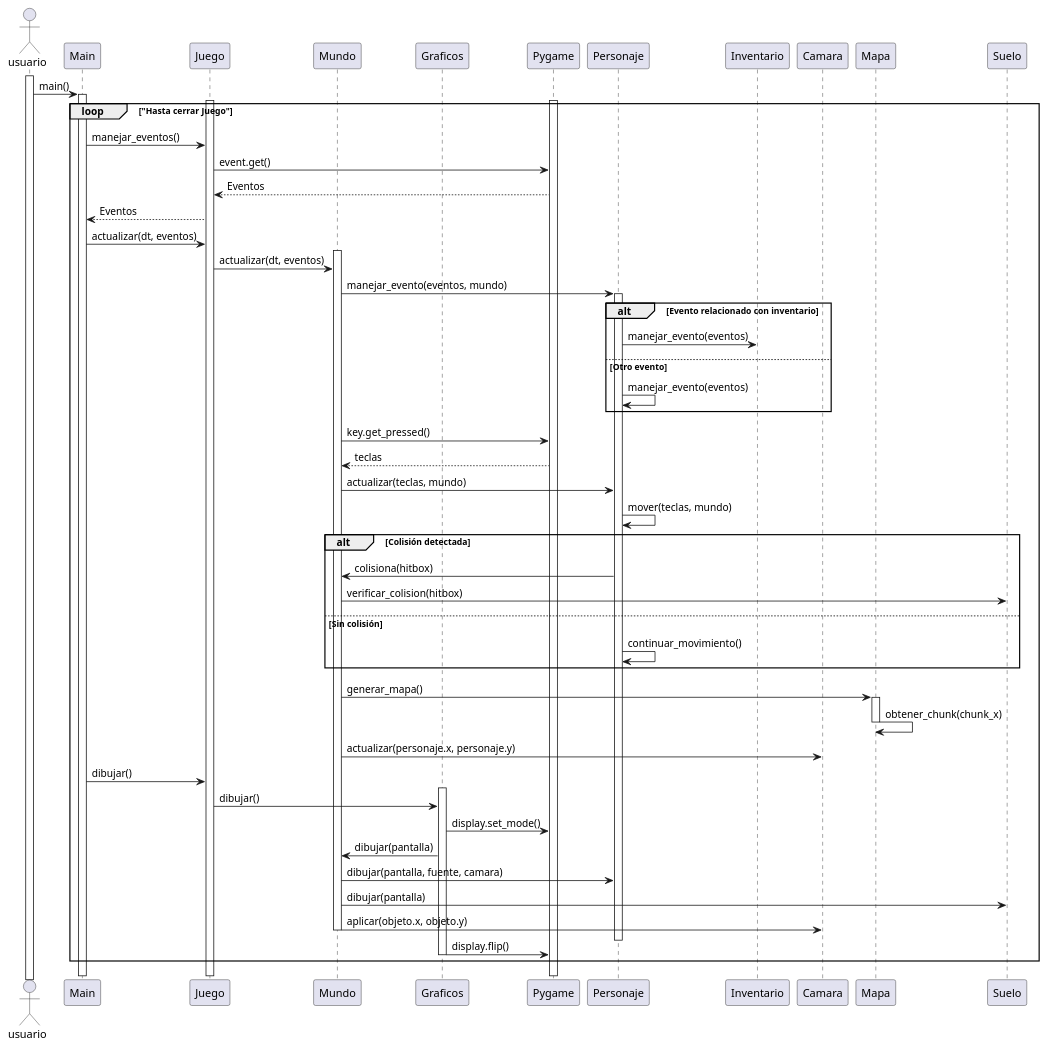
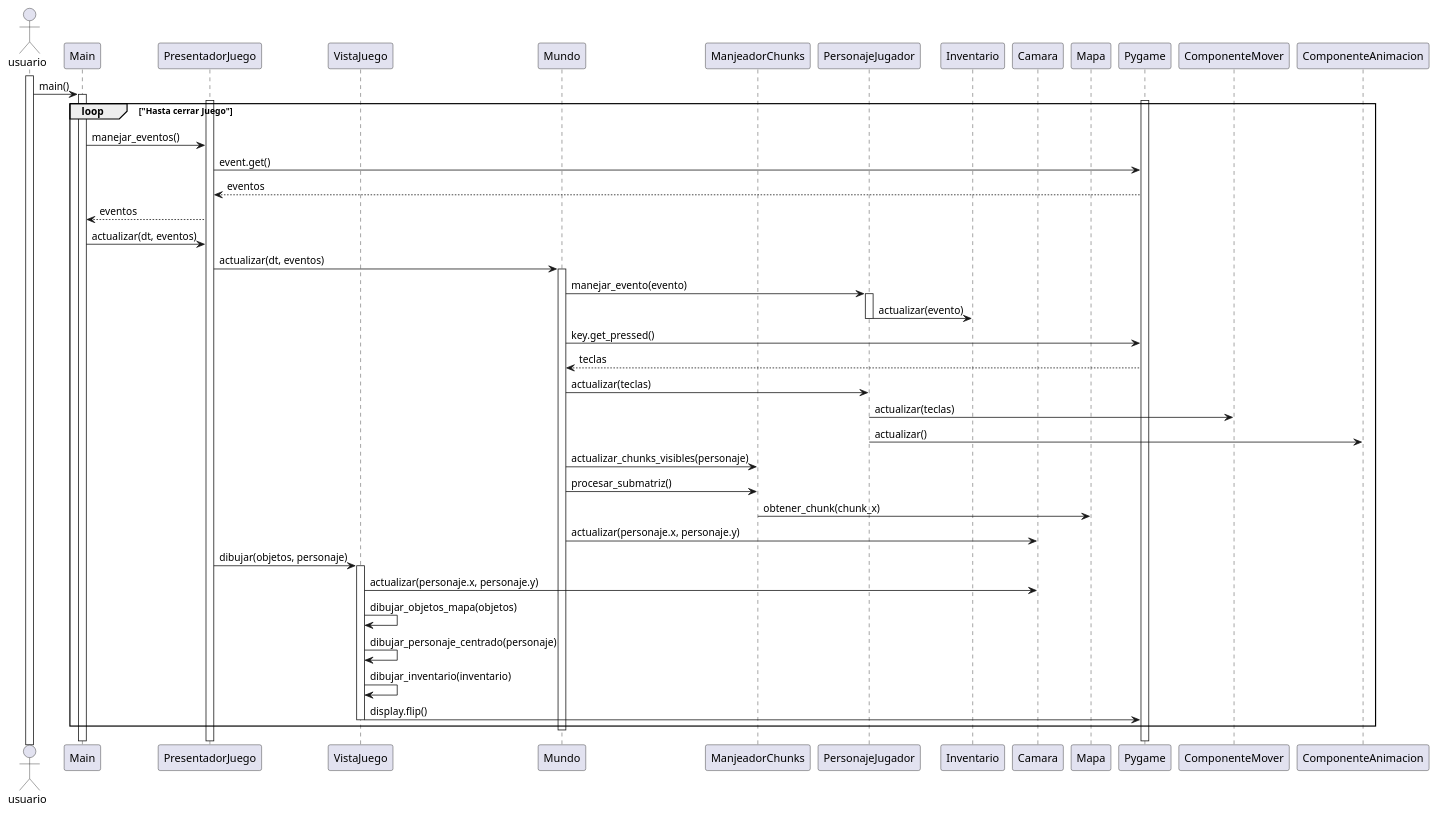
One commit to JosiasTomasnanez/SatisPlanning-game changed the diagram in doc/secuencia.puml. Above: the diagram before and after it, drawn with PlantUML. The commit also changed 2 other files, not shown here.

Commit message:
actualizacion de diagramas

```diff
--- a/doc/secuencia.puml
+++ b/doc/secuencia.puml
@@ -1,81 +1,69 @@
 @startuml DiagramaSecuencia
 !pragma teoz true
 actor usuario
 
 participant Main
-participant Juego
+participant PresentadorJuego
+participant VistaJuego
 participant Mundo
-participant Graficos
-participant Pygame
-participant Personaje
+participant ManjeadorChunks
+participant PersonajeJugador
 participant Inventario
 participant Camara
 participant Mapa
-participant Suelo
+participant Pygame
 
 activate usuario
 usuario -> Main : main()
 
 activate Main
-activate Juego
+activate PresentadorJuego
 activate Pygame
 
 loop "Hasta cerrar Juego"
-    Main -> Juego : manejar_eventos()
-    Juego -> Pygame : event.get()
-    Juego <-- Pygame : Eventos
-    Main <-- Juego: Eventos
+    Main -> PresentadorJuego : manejar_eventos()
+    PresentadorJuego -> Pygame : event.get()
+    PresentadorJuego <-- Pygame : eventos
+    Main <-- PresentadorJuego : eventos
 
-    Main -> Juego : actualizar(dt, eventos)
+    Main -> PresentadorJuego : actualizar(dt, eventos)
+    PresentadorJuego -> Mundo : actualizar(dt, eventos)
     activate Mundo
-    Juego -> Mundo : actualizar(dt, eventos)
 
-    Mundo -> Personaje : manejar_evento(eventos, mundo)
-    activate Personaje
-    alt Evento relacionado con inventario
-        Personaje -> Inventario : manejar_evento(eventos)
-    else Otro evento
-        Personaje -> Personaje : manejar_evento(eventos)
-    end
+    Mundo -> PersonajeJugador : manejar_evento(evento)
+    activate PersonajeJugador
+    PersonajeJugador -> Inventario : actualizar(evento)
     deactivate Inventario
+    deactivate PersonajeJugador
 
     Mundo -> Pygame : key.get_pressed()
     Mundo <-- Pygame : teclas
-    Mundo -> Personaje : actualizar(teclas, mundo)
+    Mundo -> PersonajeJugador : actualizar(teclas)
+    PersonajeJugador -> ComponenteMover : actualizar(teclas)
+    PersonajeJugador -> ComponenteAnimacion : actualizar()
+    deactivate ComponenteMover
+    deactivate ComponenteAnimacion
 
-    Personaje -> Personaje : mover(teclas, mundo)
-    alt Colisión detectada
-        Personaje -> Mundo : colisiona(hitbox)
-        Mundo -> Suelo : verificar_colision(hitbox)
-    else Sin colisión
-        Personaje -> Personaje : continuar_movimiento()
-    end
-    deactivate Suelo
-
-    Mundo -> Mapa : generar_mapa()
-    activate Mapa
-    Mapa -> Mapa : obtener_chunk(chunk_x)
+    Mundo -> ManjeadorChunks : actualizar_chunks_visibles(personaje)
+    Mundo -> ManjeadorChunks : procesar_submatriz()
+    ManjeadorChunks -> Mapa : obtener_chunk(chunk_x)
     deactivate Mapa
 
     Mundo -> Camara : actualizar(personaje.x, personaje.y)
     deactivate Camara
 
-    Main -> Juego : dibujar()
-    activate Graficos
-    Juego -> Graficos : dibujar()
-    Graficos -> Pygame : display.set_mode()
-    Graficos -> Mundo : dibujar(pantalla)
-    Mundo -> Personaje : dibujar(pantalla, fuente, camara)
-    Mundo -> Suelo : dibujar(pantalla)
-    Mundo -> Camara : aplicar(objeto.x, objeto.y)
-    deactivate Suelo
-    deactivate Personaje
+    PresentadorJuego -> VistaJuego : dibujar(objetos, personaje)
+    activate VistaJuego
+    VistaJuego -> Camara : actualizar(personaje.x, personaje.y)
+    VistaJuego -> VistaJuego : dibujar_objetos_mapa(objetos)
+    VistaJuego -> VistaJuego : dibujar_personaje_centrado(personaje)
+    VistaJuego -> VistaJuego : dibujar_inventario(inventario)
+    VistaJuego -> Pygame : display.flip()
+    deactivate VistaJuego
     deactivate Mundo
-    Graficos -> Pygame : display.flip()
-    deactivate Graficos
 end
 
 deactivate Pygame
-deactivate Juego
+deactivate PresentadorJuego
 deactivate Main
 @enduml
```
